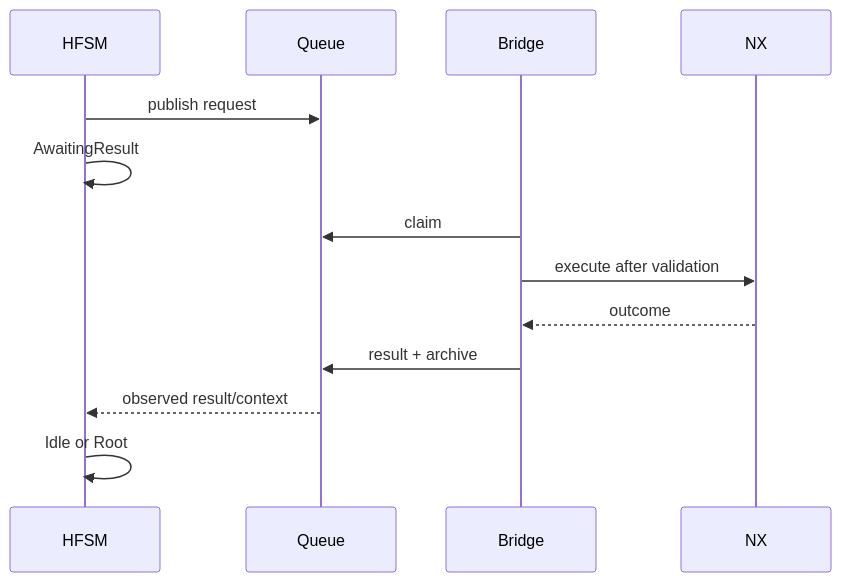
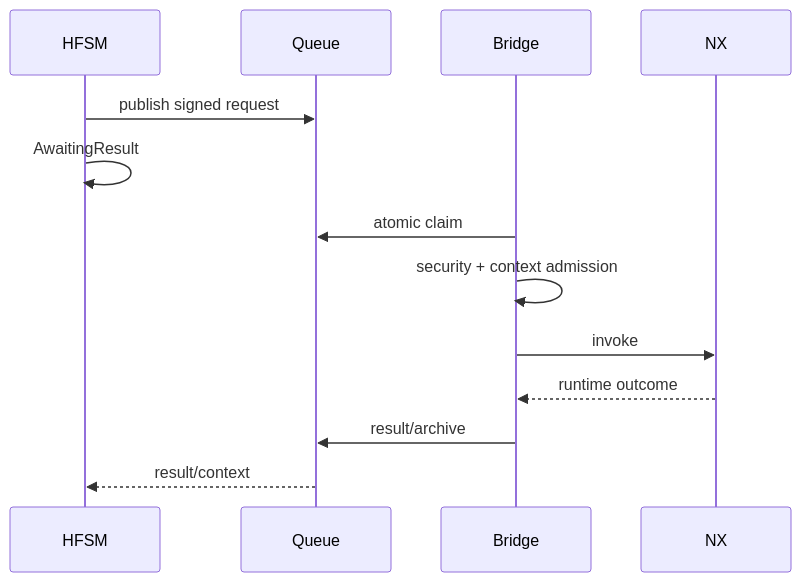
Before and after one commit to Homiakus/NXkeys: the second of 2 diagrams in docs/STATE_MACHINE_ARCHITECTURE.md, drawn with Mermaid. The commit also changed other lines of this file, not shown here.

Commit message:
docs: update state machine architecture for v8

````diff
--- a/docs/STATE_MACHINE_ARCHITECTURE.md
+++ b/docs/STATE_MACHINE_ARCHITECTURE.md
@@ -188,16 +189,16 @@
 ```mermaid
 sequenceDiagram
     participant H as HFSM
     participant Q as Queue
     participant B as Bridge
     participant N as NX
 
-    H->>Q: publish request
+    H->>Q: publish signed request
     H->>H: AwaitingResult
-    B->>Q: claim
-    B->>N: execute after validation
-    N-->>B: outcome
-    B->>Q: result + archive
-    Q-->>H: observed result/context
-    H->>H: Idle or Root
+    B->>Q: atomic claim
+    B->>B: security + context admission
+    B->>N: invoke
+    N-->>B: runtime outcome
+    B->>Q: result/archive
+    Q-->>H: result/context
 ```
````
